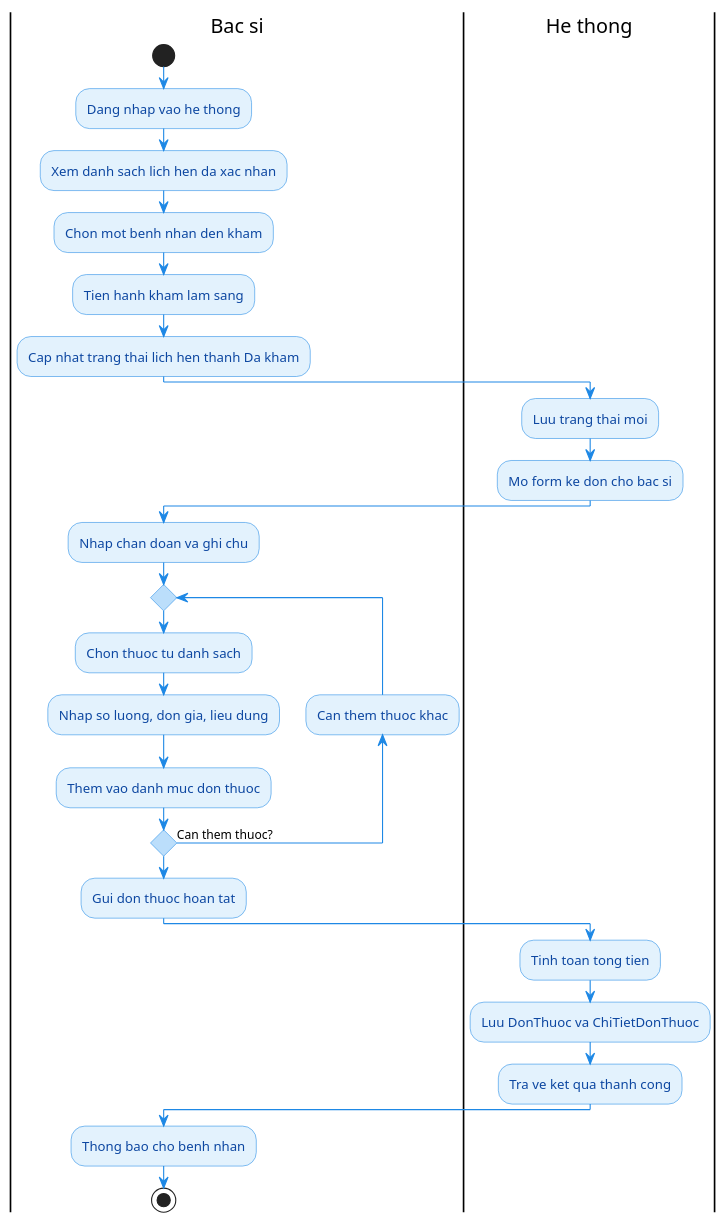
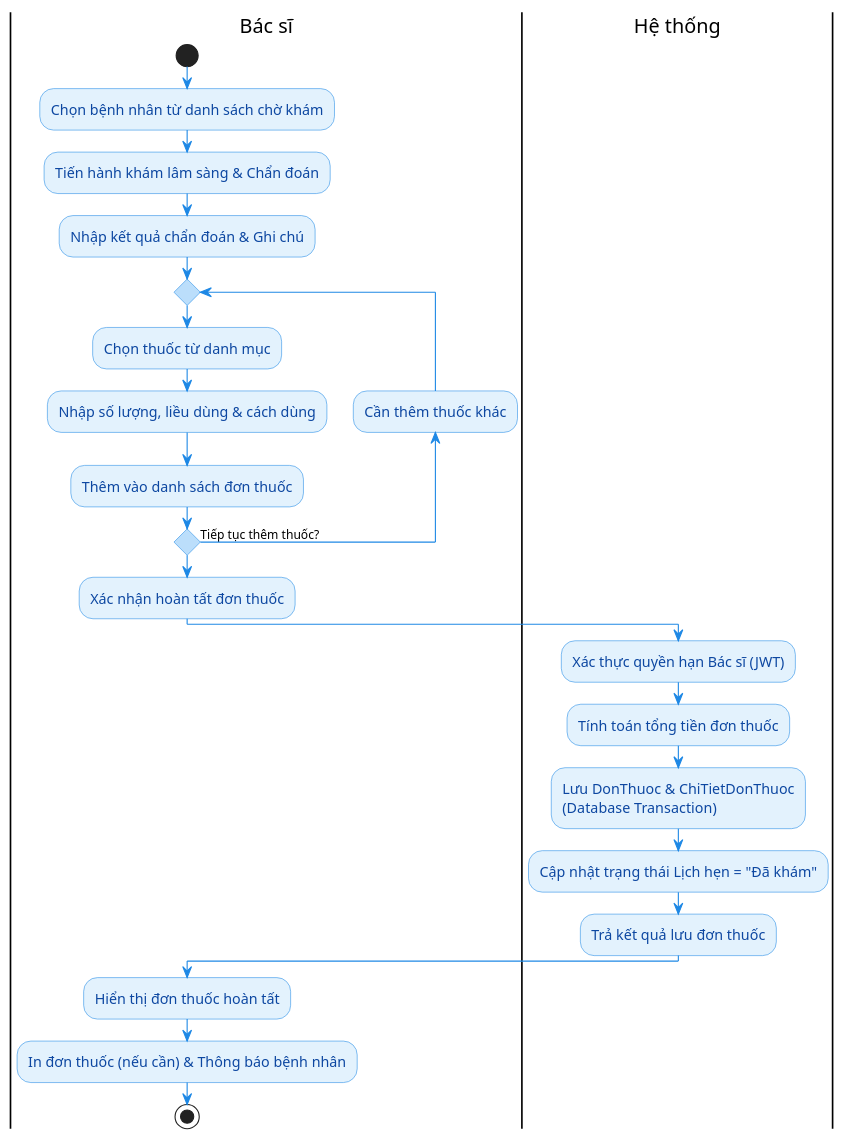
One commit to yqhuouc/HealthCare changed the diagram in server/doc/diagrams/ACT_03_KeDonThuoc.puml. Above: the diagram before and after it, drawn with PlantUML. The commit also changed 41 other files, not shown here.

Commit message:
feat: implement authentication system with password reset functionality and add project architecture documentation

```diff
--- a/server/doc/diagrams/ACT_03_KeDonThuoc.puml
+++ b/server/doc/diagrams/ACT_03_KeDonThuoc.puml
@@ -1,50 +1,47 @@
-@startuml Activity_KeDonThuoc
+@startuml Activity_KeDonThuoc_V2
 
 skinparam shadowing false
 skinparam backgroundColor white
 skinparam conditionStyle diamond
 skinparam ConditionEndStyle hline
 
 skinparam activity {
   BackgroundColor #E3F2FD
   BorderColor #1E88E5
   FontColor #0D47A1
-  RoundCorner 15
+  FontSize 13
+  RoundCorner 20
 }
 
 skinparam activityDiamondBackgroundColor #BBDEFB
 skinparam activityDiamondBorderColor #1E88E5
 skinparam activityDiamondFontColor #0D47A1
 skinparam ArrowColor #1E88E5
 
-|Bac si|
+|Bác sĩ|
 start
-:Dang nhap vao he thong;
-:Xem danh sach lich hen da xac nhan;
-:Chon mot benh nhan den kham;
-:Tien hanh kham lam sang;
-:Cap nhat trang thai lich hen thanh Da kham;
+:Chọn bệnh nhân từ danh sách chờ khám;
+:Tiến hành khám lâm sàng & Chẩn đoán;
+:Nhập kết quả chẩn đoán & Ghi chú;
 
-|He thong|
-:Luu trang thai moi;
-:Mo form ke don cho bac si;
+repeat
+  :Chọn thuốc từ danh mục;
+  :Nhập số lượng, liều dùng & cách dùng;
+  :Thêm vào danh sách đơn thuốc;
+backward:Cần thêm thuốc khác;
+repeat while (Tiếp tục thêm thuốc?) is (Có) not (Không)
 
-|Bac si|
-:Nhap chan doan va ghi chu;
-repeat
-  :Chon thuoc tu danh sach;
-  :Nhap so luong, don gia, lieu dung;
-  :Them vao danh muc don thuoc;
-backward:Can them thuoc khac;
-repeat while (Can them thuoc?) is (Co) not (Khong)
-:Gui don thuoc hoan tat;
+:Xác nhận hoàn tất đơn thuốc;
 
-|He thong|
-:Tinh toan tong tien;
-:Luu DonThuoc va ChiTietDonThuoc;
-:Tra ve ket qua thanh cong;
+|Hệ thống|
+:Xác thực quyền hạn Bác sĩ (JWT);
+:Tính toán tổng tiền đơn thuốc;
+:Lưu DonThuoc & ChiTietDonThuoc\n(Database Transaction);
+:Cập nhật trạng thái Lịch hẹn = "Đã khám";
+:Trả kết quả lưu đơn thuốc;
 
-|Bac si|
-:Thong bao cho benh nhan;
+|Bác sĩ|
+:Hiển thị đơn thuốc hoàn tất;
+:In đơn thuốc (nếu cần) & Thông báo bệnh nhân;
 stop
 @enduml
```
